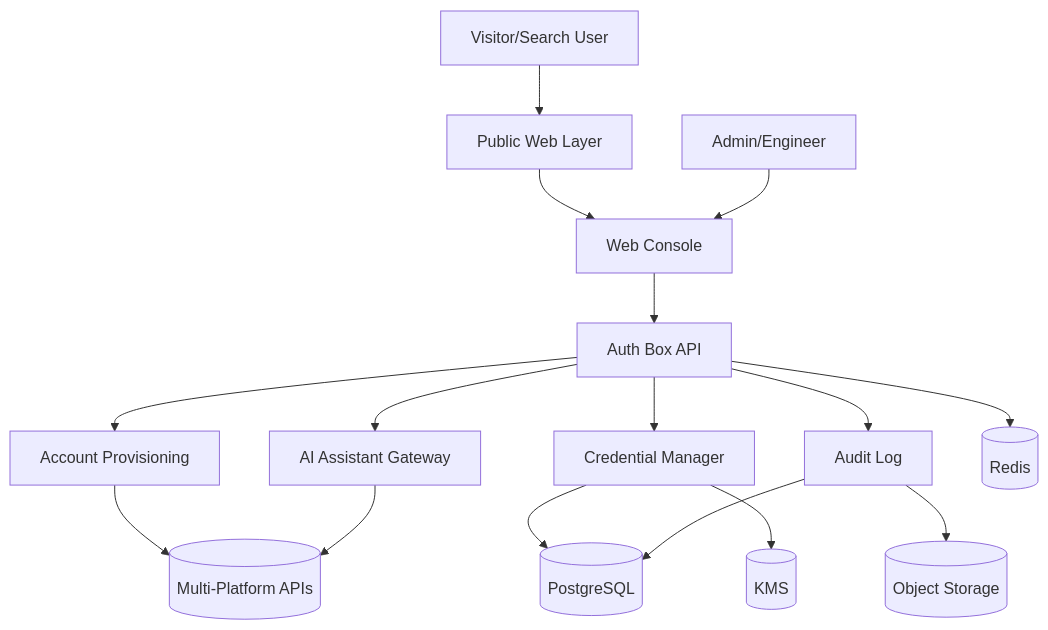
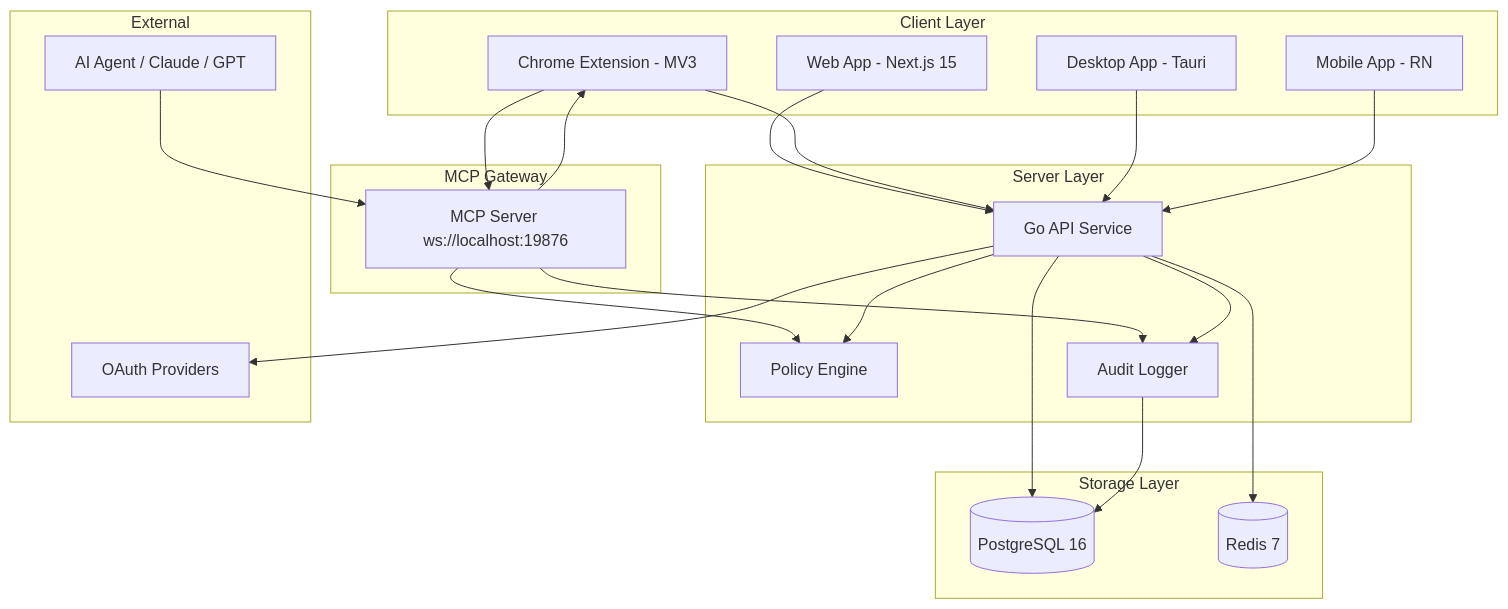
Before and after one commit to MARUCIE/authbox: the first of 5 diagrams in doc/00_project/initiative_10_auth_box/SYSTEM_ARCHITECTURE.md, drawn with Mermaid. The commit also changed other lines of this file and 202 other files, not shown here.

First line of the commit message:
feat(arch): v2 zero-knowledge architecture with DDD layering

````diff
--- a/doc/00_project/initiative_10_auth_box/SYSTEM_ARCHITECTURE.md
+++ b/doc/00_project/initiative_10_auth_box/SYSTEM_ARCHITECTURE.md
@@ -31,22 +34,48 @@
 ```mermaid
 graph TD
-  V[Visitor/Search User] --> WEB[Public Web Layer]
-  WEB --> UI[Web Console]
-  U[Admin/Engineer] --> UI
-  UI --> API[Auth Box API]
+    subgraph Client Layer
+        WEB[Web App - Next.js 15]
+        EXT[Chrome Extension - MV3]
+        DESK[Desktop App - Tauri]
+        MOBILE[Mobile App - RN]
+    end
 
-  API --> ACC[Account Provisioning]
-  API --> AUTH[Credential Manager]
-  API --> ASSIST[AI Assistant Gateway]
-  API --> AUDIT[Audit Log]
-  API --> CACHE[(Redis)]
+    subgraph MCP Gateway
+        MCP_SRV[MCP Server ws://localhost:19876]
+    end
 
-  AUTH --> DB[(PostgreSQL)]
-  AUTH --> KMS[(KMS)]
-  ACC --> EXT[External Platforms]
-  ASSIST --> EXT
-  AUDIT --> DB
-  AUDIT --> OBJ[(Object Storage)]
+    subgraph Server Layer
+        API[Go API Service]
+        POLICY[Policy Engine]
+        AUDIT[Audit Logger]
+    end
 
-  EXT[(Multi-Platform APIs)]
+    subgraph Storage Layer
+        DB[(PostgreSQL 16)]
+        CACHE[(Redis 7)]
+    end
+
+    subgraph External
+        AGENT[AI Agent / Claude / GPT]
+        OAUTH[OAuth Providers]
+    end
+
+    WEB --> API
+    EXT --> API
+    EXT --> MCP_SRV
+    DESK --> API
+    MOBILE --> API
+
+    AGENT --> MCP_SRV
+    MCP_SRV --> EXT
+    MCP_SRV --> POLICY
+    MCP_SRV --> AUDIT
+
+    API --> DB
+    API --> CACHE
+    API --> AUDIT
+    API --> POLICY
+    API --> OAUTH
+
+    AUDIT --> DB
 ```
````
